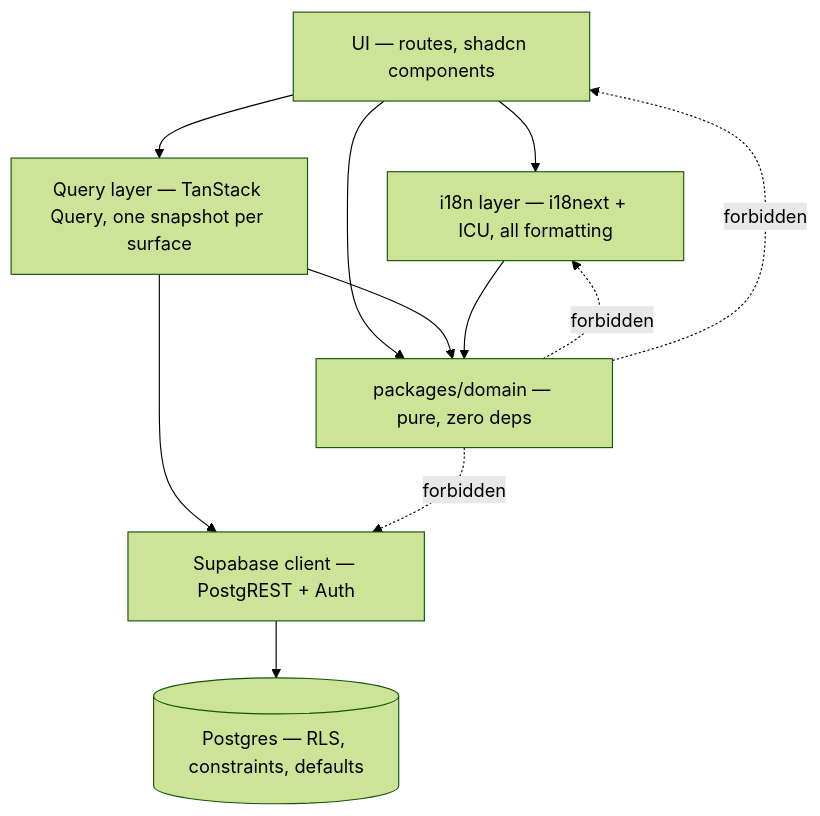
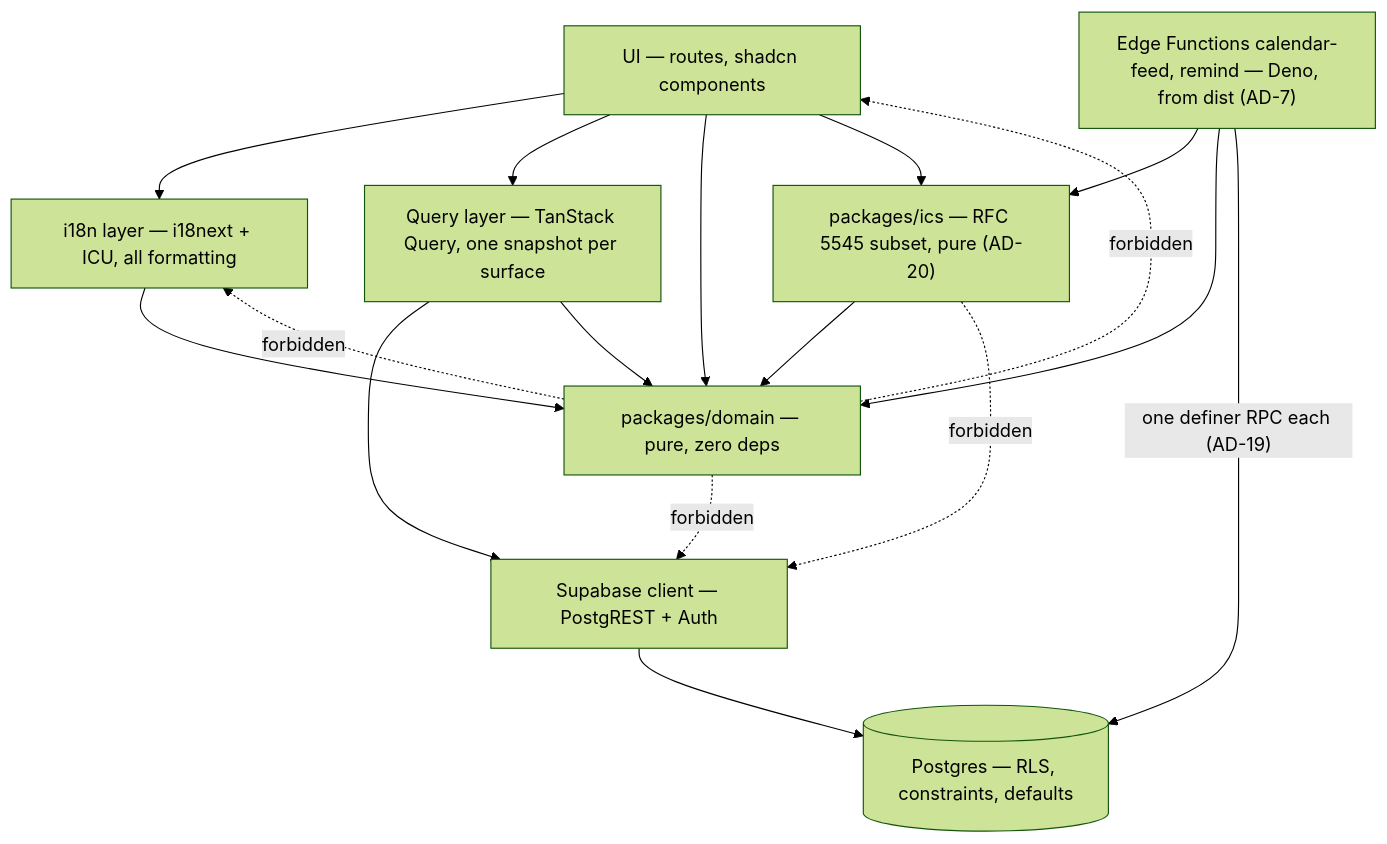
Before and after one commit to perolipotic/shift: the first of 6 diagrams in _bmad-output/planning-artifacts/architecture/architecture-shift-2026-09-02/ARCHITECTURE-SPINE.md, drawn with Mermaid (forest theme). The commit also changed other lines of this file and 4 other files, not shown here.

First line of the commit message:
docs: architect pass 1 — the domain on the server, calendar feed and reminders (#337)

````diff
--- a/_bmad-output/planning-artifacts/architecture/architecture-shift-2026-09-02/ARCHITECTURE-SPINE.md
+++ b/_bmad-output/planning-artifacts/architecture/architecture-shift-2026-09-02/ARCHITECTURE-SPINE.md
@@ -272,20 +378,28 @@
 ```mermaid
 graph TD
     UI["UI — routes, shadcn components"]
     I18N["i18n layer — i18next + ICU, all formatting"]
     QRY["Query layer — TanStack Query, one snapshot per surface"]
     SB["Supabase client — PostgREST + Auth"]
     DOM["packages/domain — pure, zero deps"]
+    ICS["packages/ics — RFC 5545 subset, pure (AD-20)"]
+    EF["Edge Functions calendar-feed, remind — Deno, from dist (AD-7)"]
     PG[("Postgres — RLS, constraints, defaults")]
 
     UI --> I18N
     UI --> QRY
     UI --> DOM
     QRY --> SB
     QRY --> DOM
     I18N --> DOM
     SB --> PG
+    UI --> ICS
+    ICS --> DOM
+    EF --> ICS
+    EF --> DOM
+    EF -->|"one definer RPC each (AD-19)"| PG
     DOM -.->|forbidden| SB
+    ICS -.->|forbidden| SB
     DOM -.->|forbidden| I18N
     DOM -.->|forbidden| UI
 ```
````
